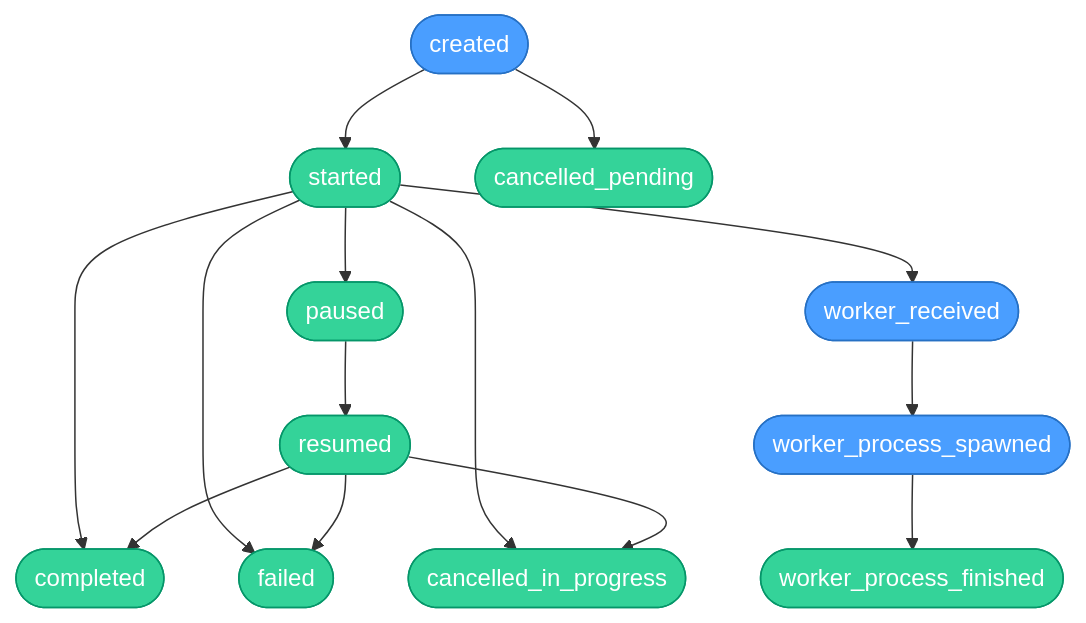
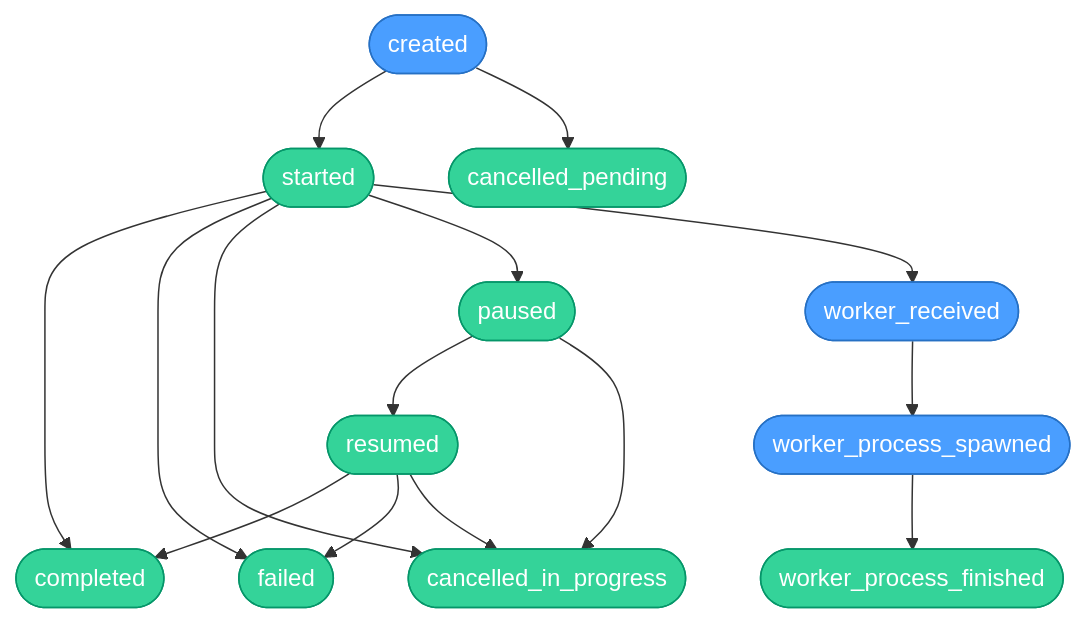
One commit to desplega-ai/agent-swarm changed the first of 3 diagrams in BUSINESS_USE.md. Above: the diagram before and after it, drawn with Mermaid. The commit also changed other lines of this file and 33 other files, not shown here.

````diff
--- a/BUSINESS_USE.md
+++ b/BUSINESS_USE.md
@@ -20,41 +20,42 @@
 ```mermaid
 flowchart TD
     created([created])
     started([started])
     cancelled_pending([cancelled_pending])
     cancelled_in_progress([cancelled_in_progress])
     paused([paused])
     resumed([resumed])
     completed([completed])
     failed([failed])
     worker_received([worker_received])
     worker_process_spawned([worker_process_spawned])
     worker_process_finished([worker_process_finished])
 
     created --> started
     created --> cancelled_pending
 
     started --> completed
     started --> failed
     started --> cancelled_in_progress
     started --> paused
     started --> worker_received
 
     paused --> resumed
+    paused --> cancelled_in_progress
 
     resumed --> completed
     resumed --> failed
     resumed --> cancelled_in_progress
 
     worker_received --> worker_process_spawned
     worker_process_spawned --> worker_process_finished
 
     classDef act fill:#4a9eff,stroke:#2670c4,color:#fff
     classDef assert fill:#34d399,stroke:#059669,color:#fff
     classDef worker fill:#f59e0b,stroke:#d97706,color:#fff
 
     class created act
     class started,cancelled_pending,cancelled_in_progress,completed,failed,paused,resumed assert
     class worker_received,worker_process_spawned act
     class worker_process_finished assert
 ```
````
